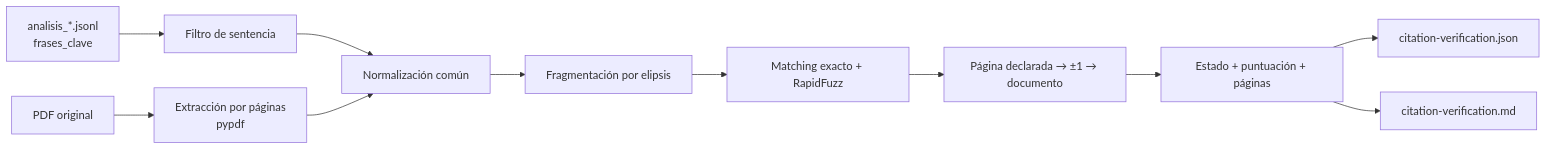
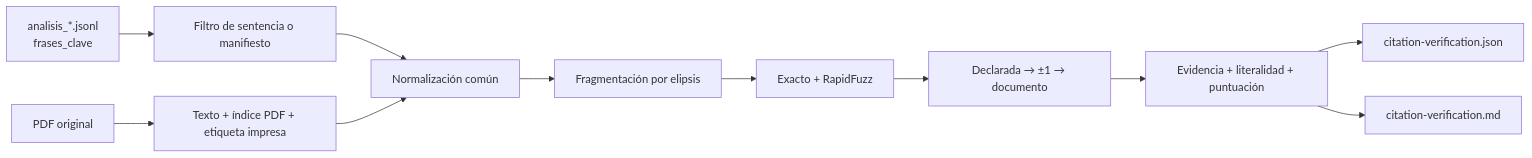
Before and after one commit to jmgb/residenciafiscal: the diagram in docs/CITATION_VERIFICATION.md, drawn with Mermaid. The commit also changed other lines of this file and 15 other files, not shown here.

Commit message:
feat: separa evidencia y literalidad de citas

````diff
--- a/docs/CITATION_VERIFICATION.md
+++ b/docs/CITATION_VERIFICATION.md
@@ -38,13 +126,13 @@
 ```mermaid
 flowchart LR
-    JSONL["analisis_*.jsonl<br/>frases_clave"] --> FILTER["Filtro de sentencia"]
-    PDF["PDF original"] --> PAGES["Extracción por páginas<br/>pypdf"]
+    JSONL["analisis_*.jsonl<br/>frases_clave"] --> FILTER["Filtro de sentencia o manifiesto"]
+    PDF["PDF original"] --> PAGES["Texto + índice PDF + etiqueta impresa"]
     FILTER --> NORMALIZE
     PAGES --> NORMALIZE["Normalización común"]
     NORMALIZE --> FRAGMENTS["Fragmentación por elipsis"]
-    FRAGMENTS --> MATCH["Matching exacto + RapidFuzz"]
-    MATCH --> SCOPE["Página declarada → ±1 → documento"]
-    SCOPE --> RESULT["Estado + puntuación + páginas"]
+    FRAGMENTS --> MATCH["Exacto + RapidFuzz"]
+    MATCH --> SCOPE["Declarada → ±1 → documento"]
+    SCOPE --> RESULT["Evidencia + literalidad + puntuación"]
     RESULT --> JSON["citation-verification.json"]
     RESULT --> MD["citation-verification.md"]
 ```
````
